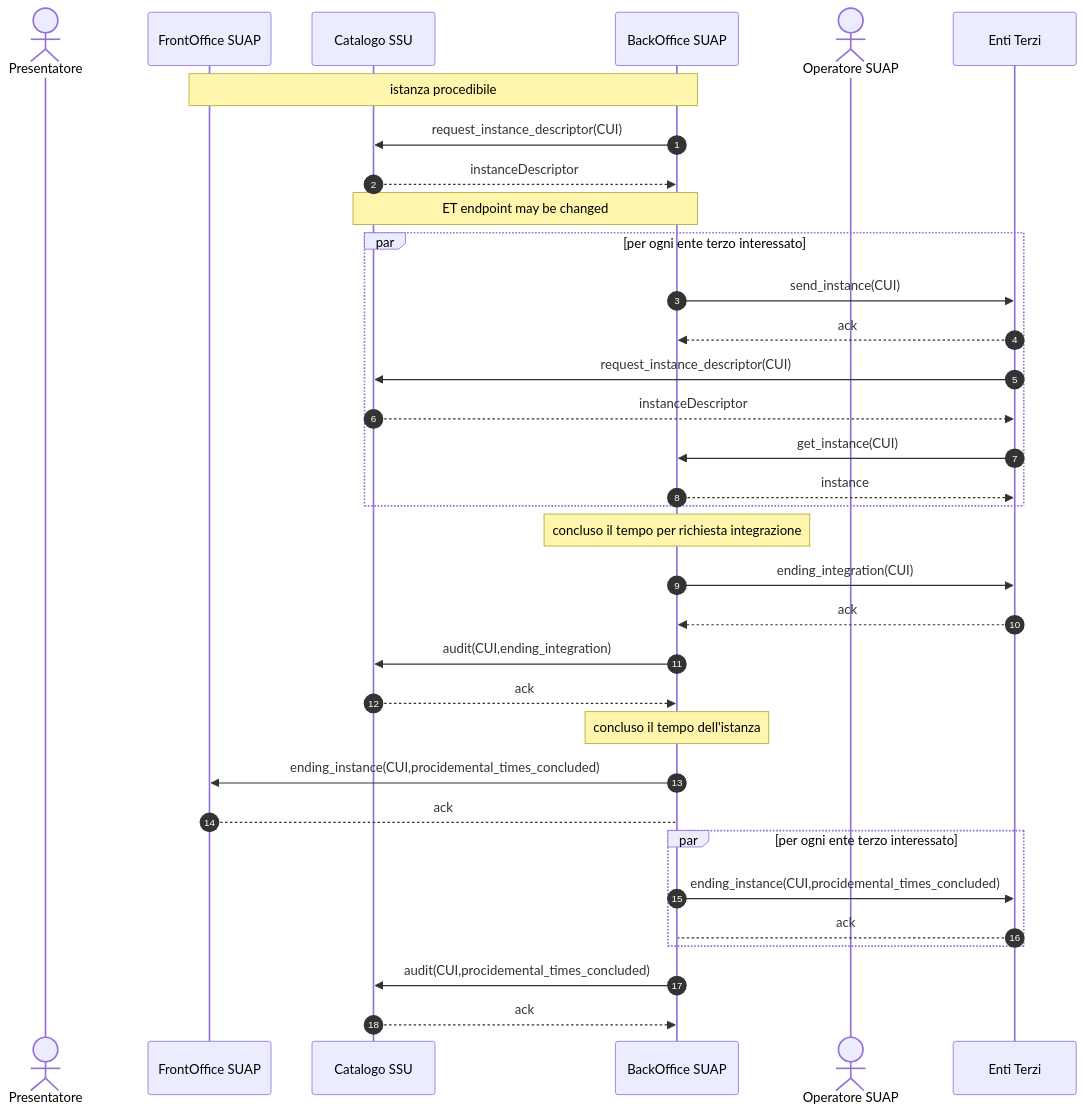
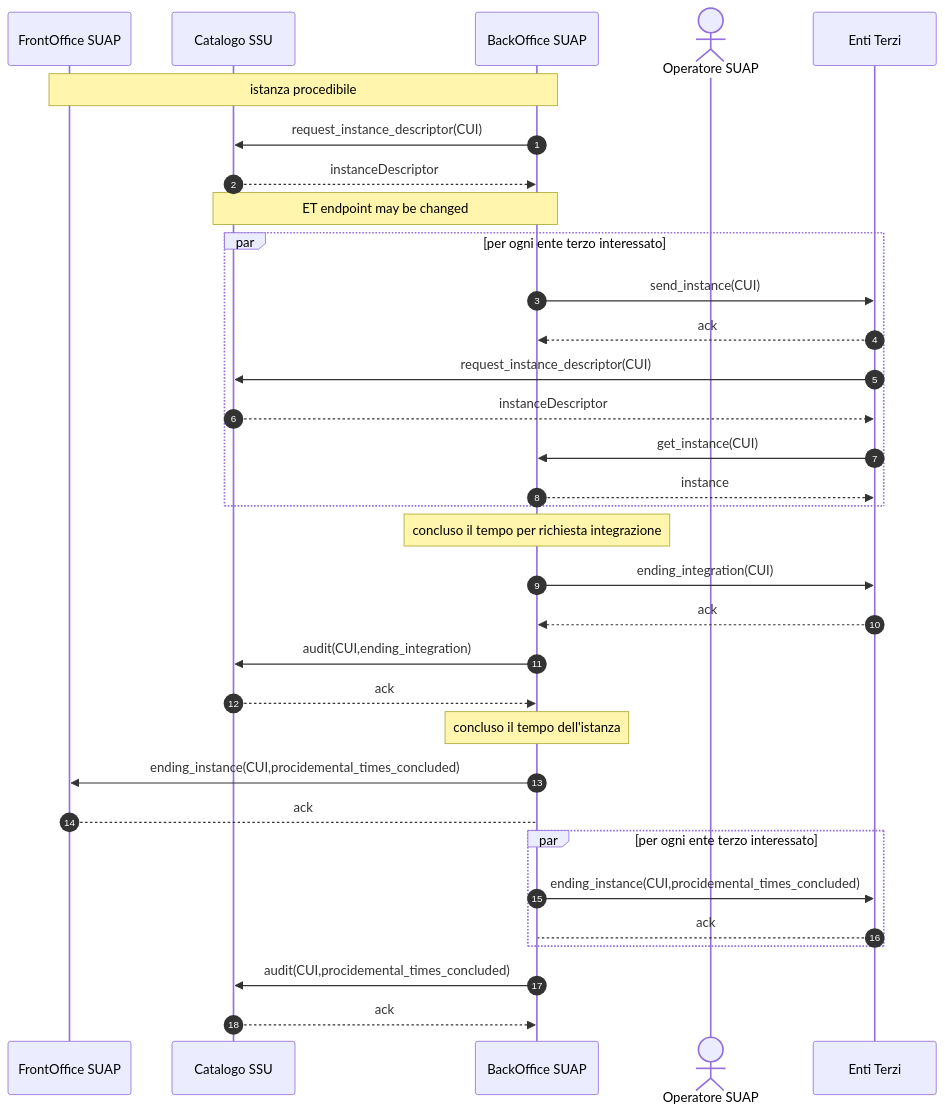
The diagram in to_interoperabilita/sequence-diagram/DomandaAutorizzazione-003.mermaid (AgID/suap-gt-specifiche), drawn with Mermaid before and after one commit. The commit also changed 1 other file, not shown here.

```diff
--- a/to_interoperabilita/sequence-diagram/DomandaAutorizzazione-003.mermaid
+++ b/to_interoperabilita/sequence-diagram/DomandaAutorizzazione-003.mermaid
@@ -1,40 +1,39 @@
 sequenceDiagram
     autonumber
-
-    actor P as Presentatore    
+    
     participant F as FrontOffice SUAP
     participant C as Catalogo SSU    
     participant B as BackOffice SUAP    
     actor O as Operatore SUAP    
     participant E as Enti Terzi    
  
     Note over F,B: istanza procedibile
     B ->> C: request_instance_descriptor(CUI)
     C -->> B: instanceDescriptor
     Note over C,B: ET endpoint may be changed
     
     par per ogni ente terzo interessato        
         B ->> E: send_instance(CUI)
         E -->> B: ack
         E ->> C: request_instance_descriptor(CUI)
         C -->> E: instanceDescriptor
         E ->> B: get_instance(CUI)
         B -->> E: instance
     end
     
 
     Note over B: concluso il tempo per richiesta integrazione
     B ->> E: ending_integration(CUI)
     E -->> B: ack
     B ->> C: audit(CUI,ending_integration)
     C -->> B: ack
     
     Note over B: concluso il tempo dell'istanza 
     B ->> F: ending_instance(CUI,procidemental_times_concluded)
     F --> B: ack            
     par per ogni ente terzo interessato
         B ->> E: ending_instance(CUI,procidemental_times_concluded)
         E --> B: ack
     end
     B ->> C: audit(CUI,procidemental_times_concluded)
     C -->> B: ack
```
